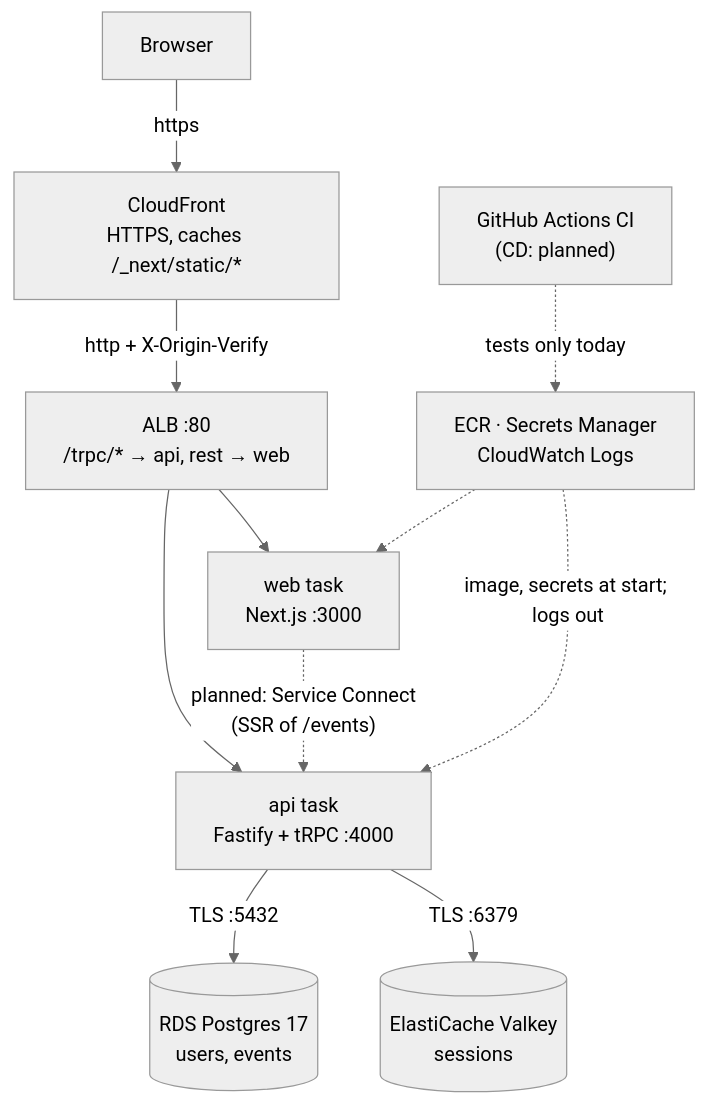
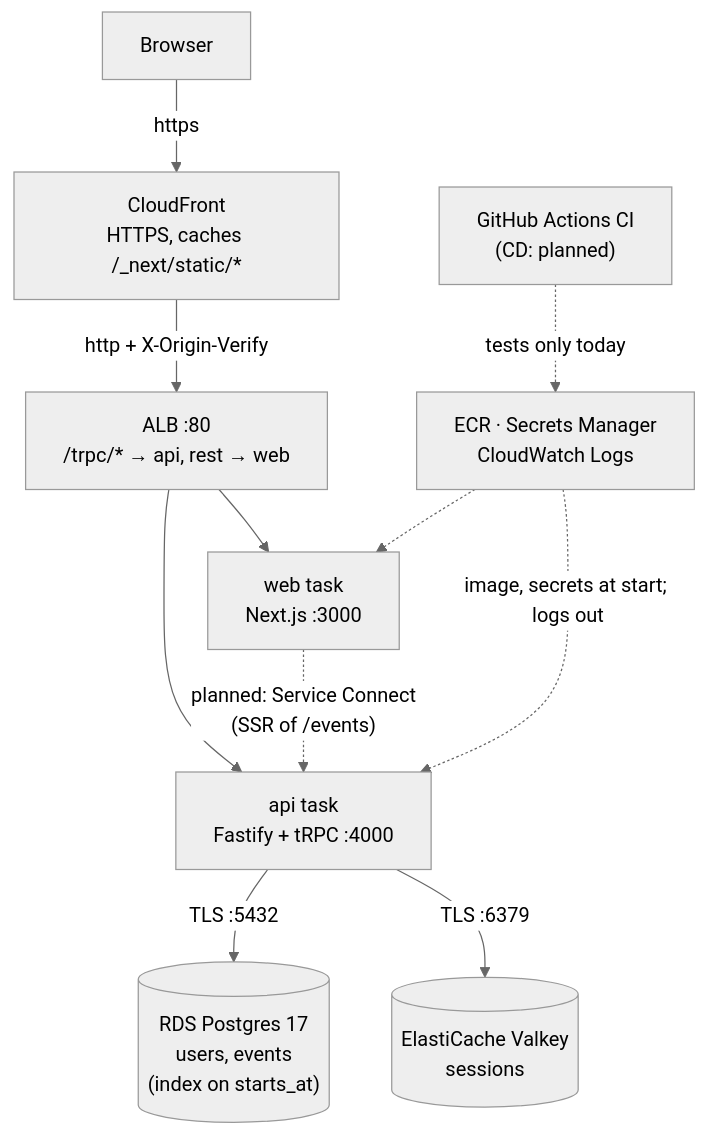
One commit to maheshnd/minitickets changed the first of 5 diagrams in docs/handbook/00-big-picture.md. Above: the diagram before and after it, drawn with Mermaid (neutral theme). The commit also changed other lines of this file and 13 other files, not shown here.

Commit message:
feat(events): index on events.starts_at, EXPLAIN ANALYZE explained

````diff
--- a/docs/handbook/00-big-picture.md
+++ b/docs/handbook/00-big-picture.md
@@ -14,22 +14,22 @@
 ```mermaid
 flowchart TB
     browser["Browser"]
     cf["CloudFront<br/>HTTPS, caches /_next/static/*"]
     alb["ALB :80<br/>/trpc/* → api, rest → web"]
     web["web task<br/>Next.js :3000"]
     api["api task<br/>Fastify + tRPC :4000"]
-    rds[("RDS Postgres 17<br/>users, events")]
+    rds[("RDS Postgres 17<br/>users, events<br/>(index on starts_at)")]
     valkey[("ElastiCache Valkey<br/>sessions")]
     aws["ECR · Secrets Manager<br/>CloudWatch Logs"]
     ci["GitHub Actions CI<br/>(CD: planned)"]
     browser -->|"https"| cf
     cf -->|"http + X-Origin-Verify"| alb
     alb --> web
     alb --> api
     web -.->|"planned: Service Connect<br/>(SSR of /events)"| api
     api -->|"TLS :5432"| rds
     api -->|"TLS :6379"| valkey
     aws -.->|"image, secrets at start; logs out"| api
     aws -.-> web
     ci -.->|"tests only today"| aws
 ```
````
